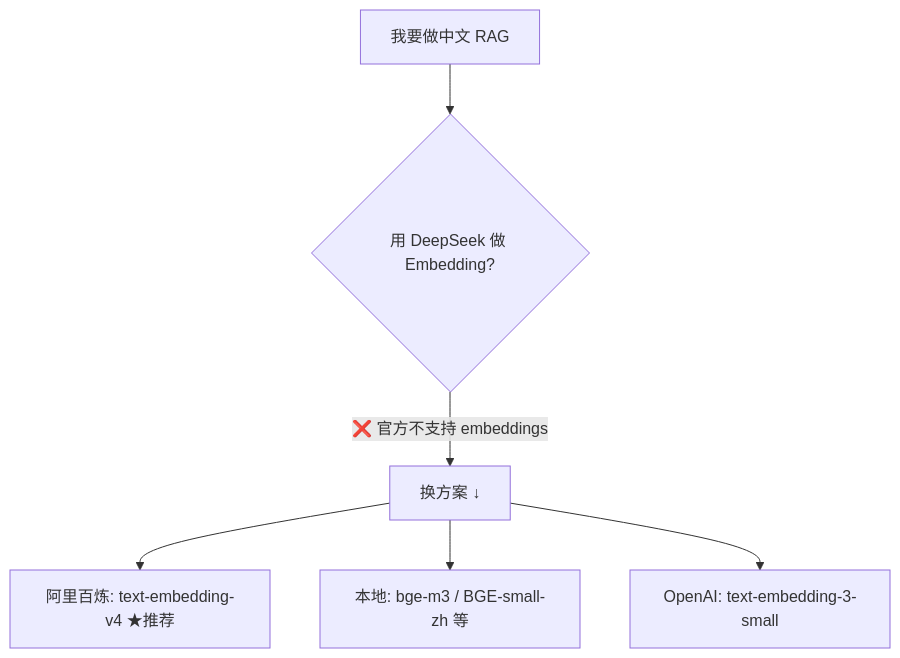
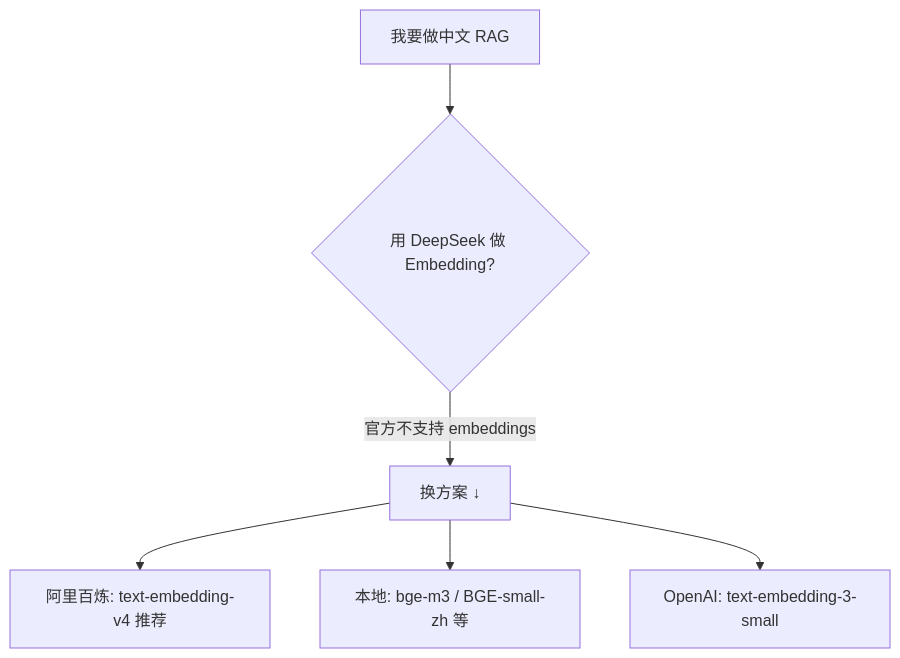
The fifth of 7 diagrams in chapters/ch08-embedding.md (hengdboy/langchain4j-in-production), drawn with Mermaid before and after one commit. The commit also changed other lines of this file and 22 other files, not shown here.

````diff
--- a/chapters/ch08-embedding.md
+++ b/chapters/ch08-embedding.md
@@ -636,8 +636,8 @@
 ```mermaid
 flowchart TD
     Q[我要做中文 RAG] --> D1{用 DeepSeek 做 Embedding?}
-    D1 -- "❌ 官方不支持 embeddings" --> D2[换方案 ↓]
-    D2 --> O1[阿里百炼: text-embedding-v4 ★推荐]
+    D1 -- "官方不支持 embeddings" --> D2[换方案 ↓]
+    D2 --> O1[阿里百炼: text-embedding-v4 推荐]
     D2 --> O2[本地: bge-m3 / BGE-small-zh 等]
     D2 --> O3[OpenAI: text-embedding-3-small]
 ```
````
